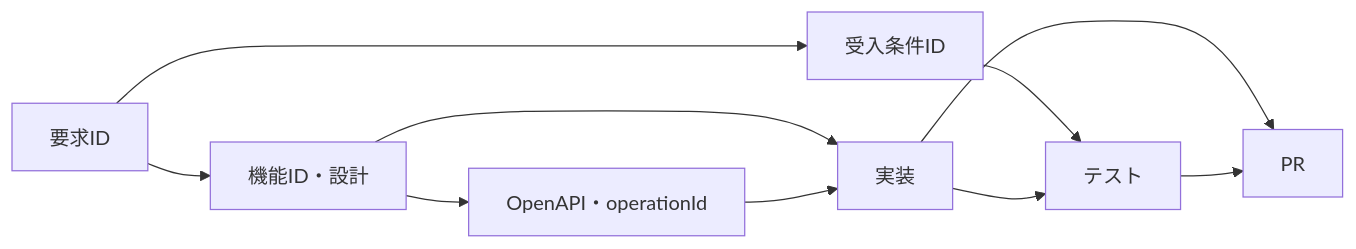
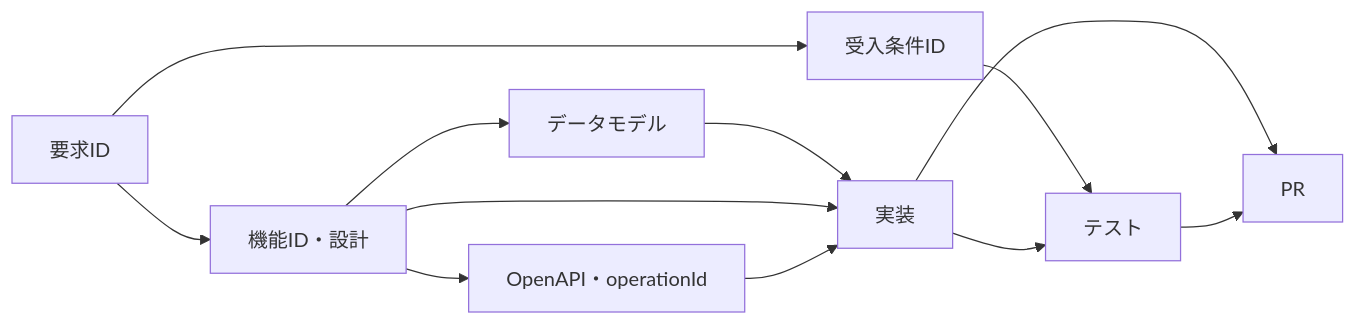
One commit to ryopan727/trpn-aidev-base changed the diagram in steering/aidd/traceability.md. Above: the diagram before and after it, drawn with Mermaid. The commit also changed other lines of this file and 8 other files, not shown here.

````diff
--- a/steering/aidd/traceability.md
+++ b/steering/aidd/traceability.md
@@ -9,12 +9,14 @@
 ```mermaid
 flowchart LR
     R["要求ID"] --> F["機能ID・設計"]
     R --> A["受入条件ID"]
     F --> O["OpenAPI・operationId"]
+    F --> D["データモデル"]
+    D --> C
     F --> C["実装"]
     O --> C
     A --> T["テスト"]
     C --> T
     C --> P["PR"]
     T --> P
 ```
````
